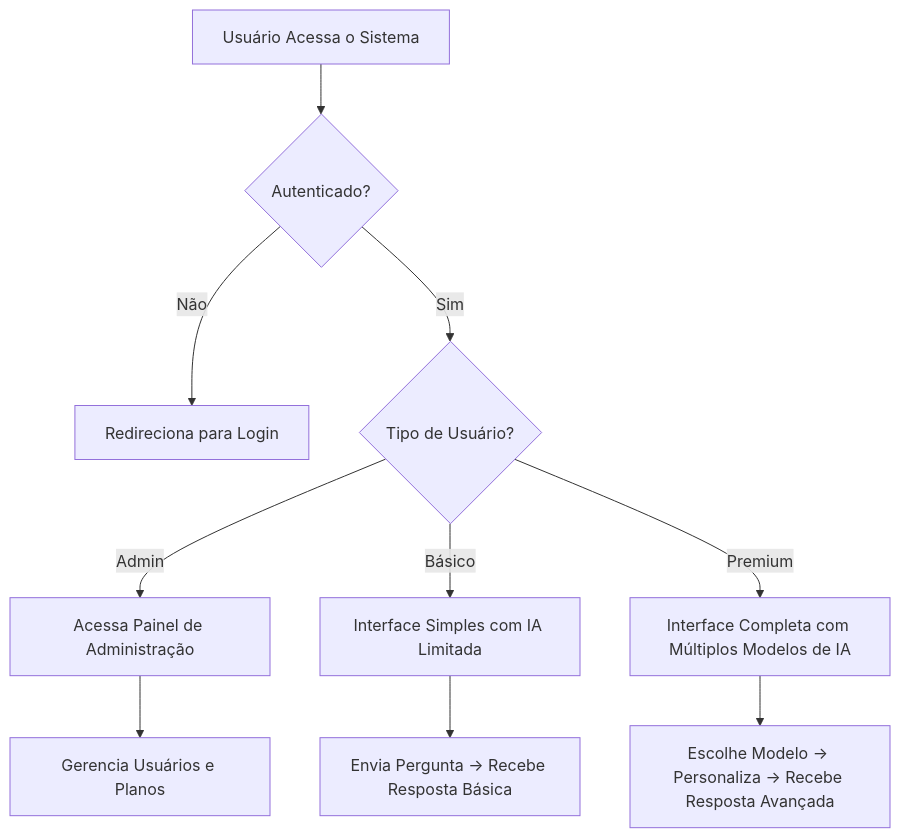
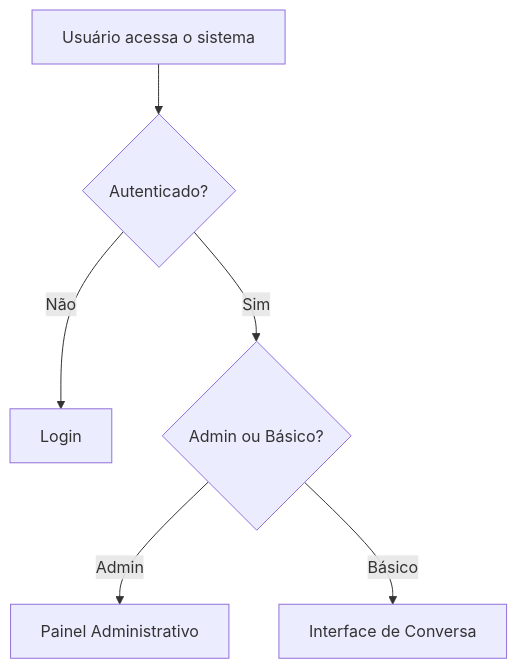
One commit to MarcoSilva2007/BarryAi changed the third of 3 diagrams in README.md. Above: the diagram before and after it, drawn with Mermaid. The commit also changed other lines of this file and 13 other files, not shown here.

````diff
--- a/README.md
+++ b/README.md
@@ -178,12 +152,8 @@
 ```mermaid
 flowchart TD
-    A[Usuário Acessa o Sistema] --> B{Autenticado?}
-    B -- Não --> C[Redireciona para Login]
-    B -- Sim --> D{Tipo de Usuário?}
-    D -- Admin --> E[Acessa Painel de Administração]
-    D -- Básico --> F[Interface Simples com IA Limitada]
-    D -- Premium --> G[Interface Completa com Múltiplos Modelos de IA]
-    E --> H[Gerencia Usuários e Planos]
-    F --> I[Envia Pergunta → Recebe Resposta Básica]
-    G --> J[Escolhe Modelo → Personaliza → Recebe Resposta Avançada]
+    A[Usuário acessa o sistema] --> B{Autenticado?}
+    B -- Não --> C[Login]
+    B -- Sim --> D{Admin ou Básico?}
+    D -- Admin --> E[Painel Administrativo]
+    D -- Básico --> F[Interface de Conversa]
 ```
````
